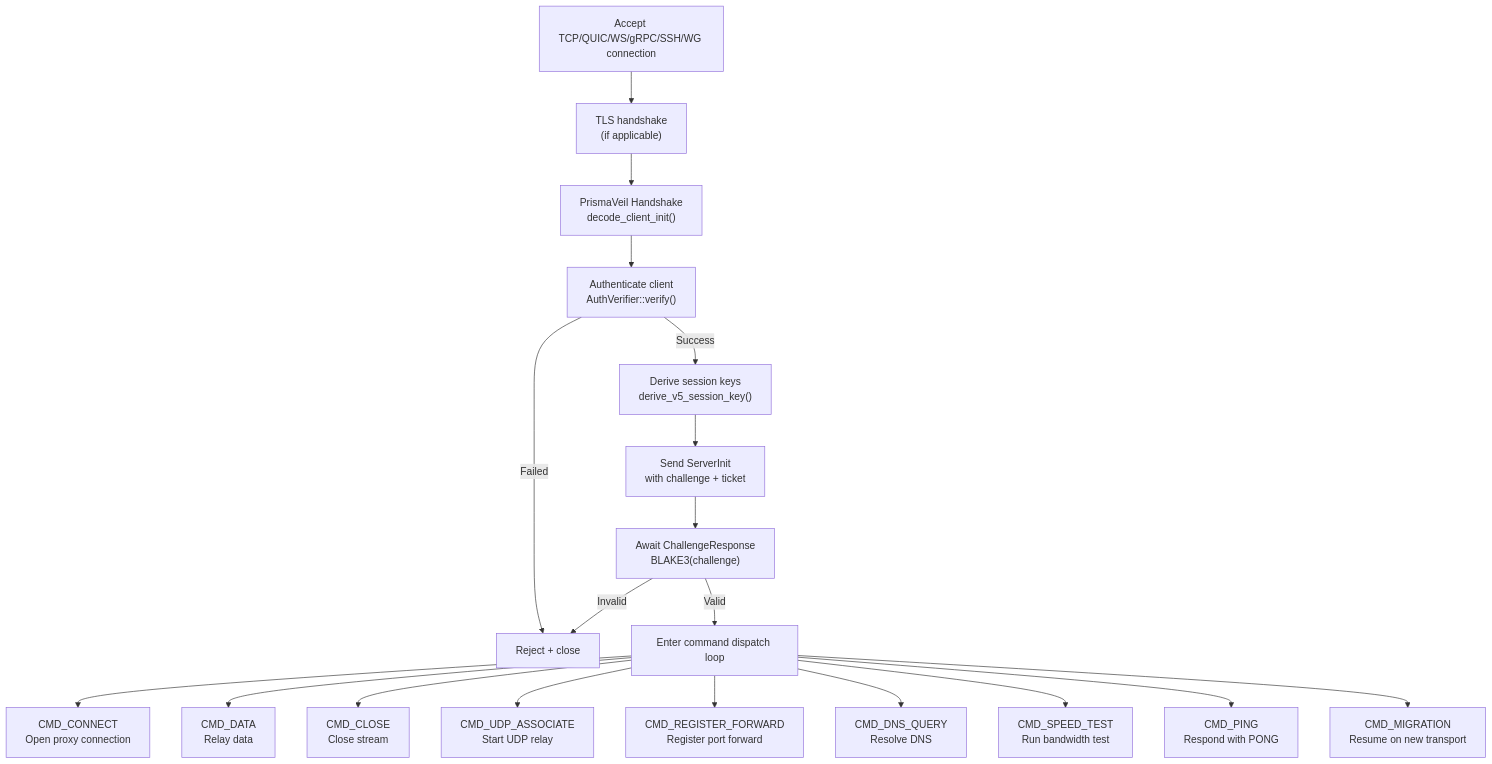
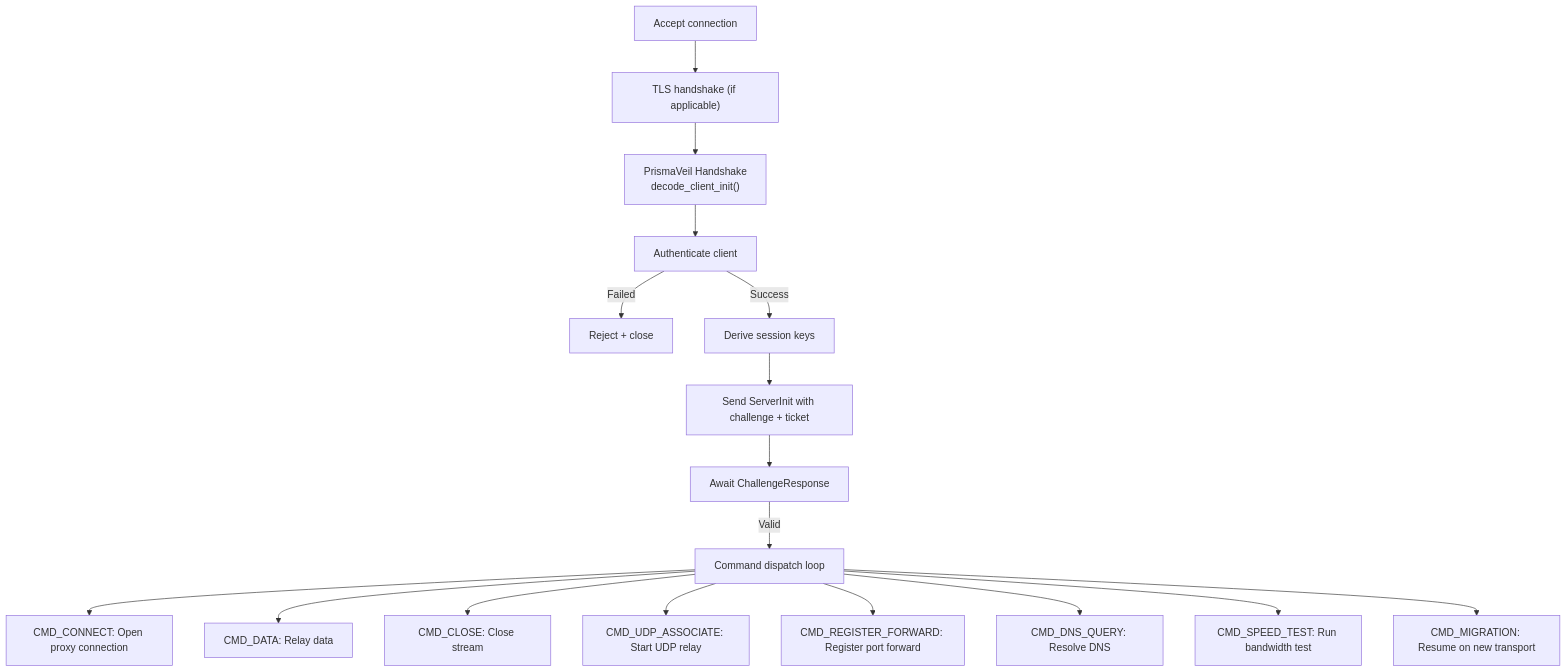
One commit to prisma-proxy/prisma changed the second of 2 diagrams in prisma-docs/dev/prisma-server.md. Above: the diagram before and after it, drawn with Mermaid. The commit also changed other lines of this file and 37 other files, not shown here.

First line of the commit message:
docs: rewrite guide with 30+ Mermaid diagrams, fix multi-instance config

````diff
--- a/prisma-docs/dev/prisma-server.md
+++ b/prisma-docs/dev/prisma-server.md
@@ -98,22 +68,19 @@
 ```mermaid
 graph TD
-    Accept["Accept TCP/QUIC/WS/gRPC/SSH/WG connection"] --> TLS["TLS handshake<br/>(if applicable)"]
+    Accept["Accept connection"] --> TLS["TLS handshake (if applicable)"]
     TLS --> HS["PrismaVeil Handshake<br/>decode_client_init()"]
-    HS --> Auth["Authenticate client<br/>AuthVerifier::verify()"]
+    HS --> Auth["Authenticate client"]
     Auth -->|Failed| Reject["Reject + close"]
-    Auth -->|Success| Keys["Derive session keys<br/>derive_v5_session_key()"]
-    Keys --> Challenge["Send ServerInit<br/>with challenge + ticket"]
-    Challenge --> Verify["Await ChallengeResponse<br/>BLAKE3(challenge)"]
-    Verify -->|Invalid| Reject
-    Verify -->|Valid| Loop["Enter command dispatch loop"]
-
-    Loop --> CMD_CONNECT["CMD_CONNECT<br/>Open proxy connection"]
-    Loop --> CMD_DATA["CMD_DATA<br/>Relay data"]
-    Loop --> CMD_CLOSE["CMD_CLOSE<br/>Close stream"]
-    Loop --> CMD_UDP["CMD_UDP_ASSOCIATE<br/>Start UDP relay"]
-    Loop --> CMD_FWD["CMD_REGISTER_FORWARD<br/>Register port forward"]
-    Loop --> CMD_DNS["CMD_DNS_QUERY<br/>Resolve DNS"]
-    Loop --> CMD_SPEED["CMD_SPEED_TEST<br/>Run bandwidth test"]
-    Loop --> CMD_PING["CMD_PING<br/>Respond with PONG"]
-    Loop --> CMD_MIG["CMD_MIGRATION<br/>Resume on new transport"]
+    Auth -->|Success| Keys["Derive session keys"]
+    Keys --> Challenge["Send ServerInit with challenge + ticket"]
+    Challenge --> Verify["Await ChallengeResponse"]
+    Verify -->|Valid| Loop["Command dispatch loop"]
+    Loop --> CMD_CONNECT["CMD_CONNECT: Open proxy connection"]
+    Loop --> CMD_DATA["CMD_DATA: Relay data"]
+    Loop --> CMD_CLOSE["CMD_CLOSE: Close stream"]
+    Loop --> CMD_UDP["CMD_UDP_ASSOCIATE: Start UDP relay"]
+    Loop --> CMD_FWD["CMD_REGISTER_FORWARD: Register port forward"]
+    Loop --> CMD_DNS["CMD_DNS_QUERY: Resolve DNS"]
+    Loop --> CMD_SPEED["CMD_SPEED_TEST: Run bandwidth test"]
+    Loop --> CMD_MIG["CMD_MIGRATION: Resume on new transport"]
 ```
````
